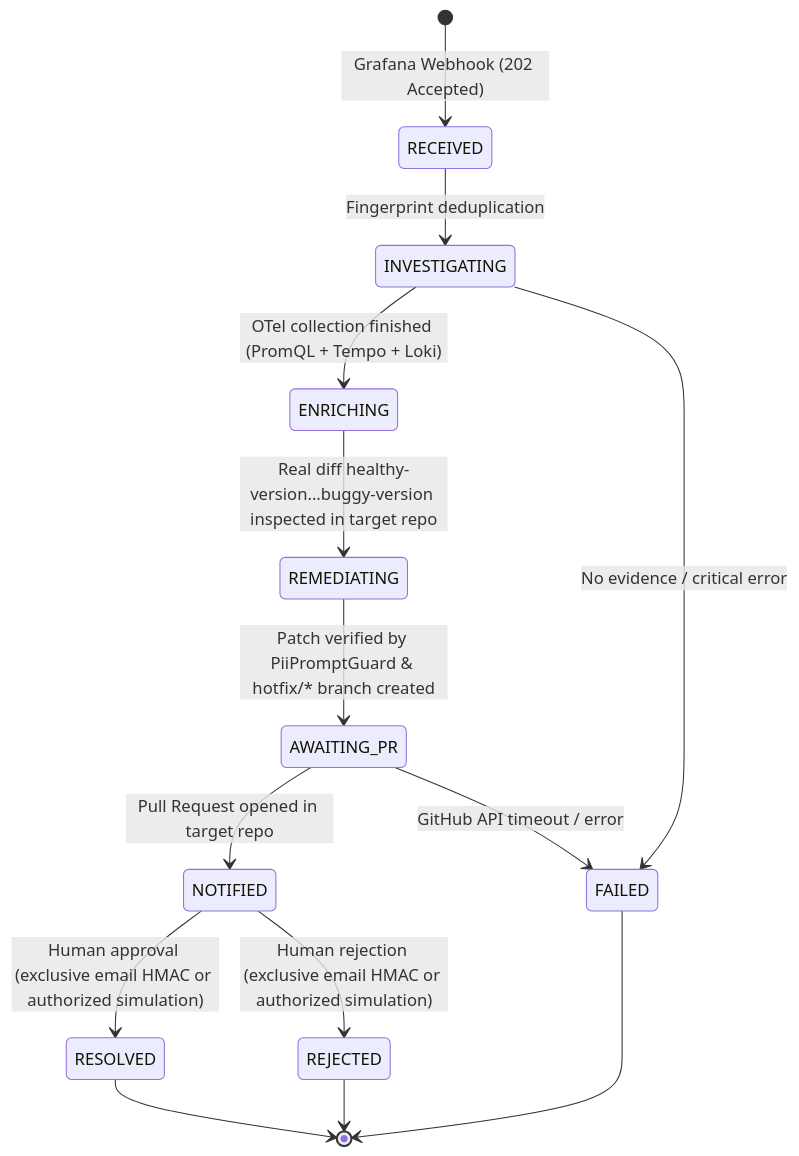
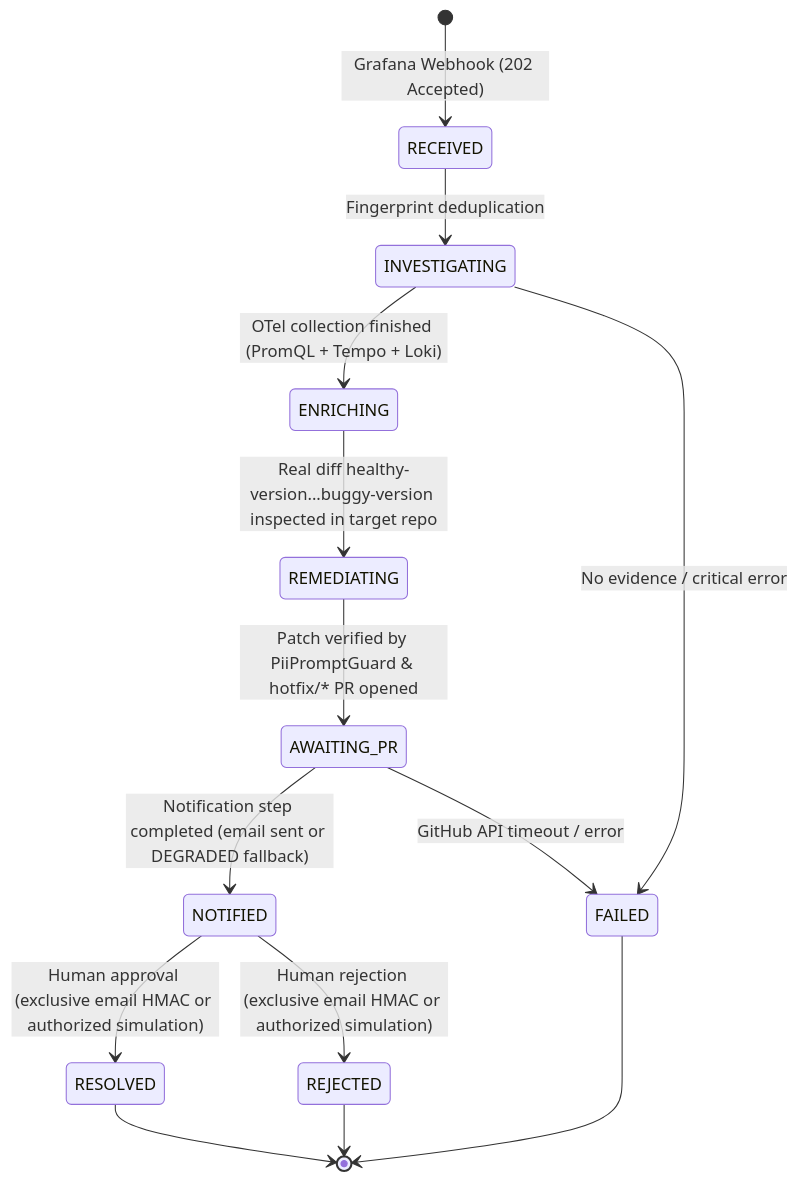
Before and after one commit to AdmilsonGoncalves/zeromttr: the second of 2 diagrams in apps/docs/i18n/en-US/docusaurus-plugin-content-docs/current/architecture.md, drawn with Mermaid. The commit also changed other lines of this file and 30 other files, not shown here.

````diff
--- a/apps/docs/i18n/en-US/docusaurus-plugin-content-docs/current/architecture.md
+++ b/apps/docs/i18n/en-US/docusaurus-plugin-content-docs/current/architecture.md
@@ -59,17 +59,17 @@
 ```mermaid
 stateDiagram-v2
     direction TB
     [*] --> RECEIVED: Grafana Webhook (202 Accepted)
     RECEIVED --> INVESTIGATING: Fingerprint deduplication
     INVESTIGATING --> ENRICHING: OTel collection finished (PromQL + Tempo + Loki)
     INVESTIGATING --> FAILED: No evidence / critical error
     ENRICHING --> REMEDIATING: Real diff healthy-version...buggy-version inspected in target repo
-    REMEDIATING --> AWAITING_PR: Patch verified by PiiPromptGuard & hotfix/* branch created
-    AWAITING_PR --> NOTIFIED: Pull Request opened in target repo
+    REMEDIATING --> AWAITING_PR: Patch verified by PiiPromptGuard & hotfix/* PR opened
+    AWAITING_PR --> NOTIFIED: Notification step completed (email sent or DEGRADED fallback)
     AWAITING_PR --> FAILED: GitHub API timeout / error
     NOTIFIED --> RESOLVED: Human approval (exclusive email HMAC or authorized simulation)
     NOTIFIED --> REJECTED: Human rejection (exclusive email HMAC or authorized simulation)
     RESOLVED --> [*]
     REJECTED --> [*]
     FAILED --> [*]
 ```
````
